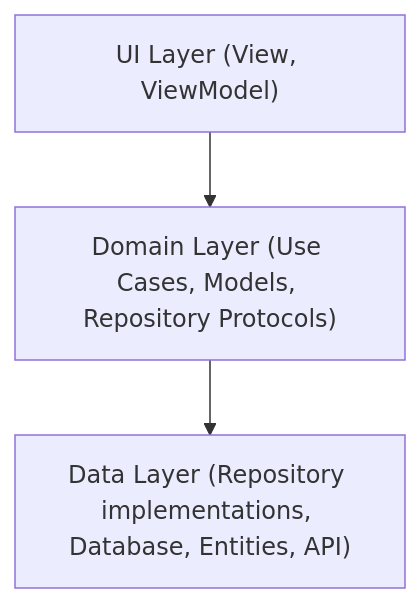
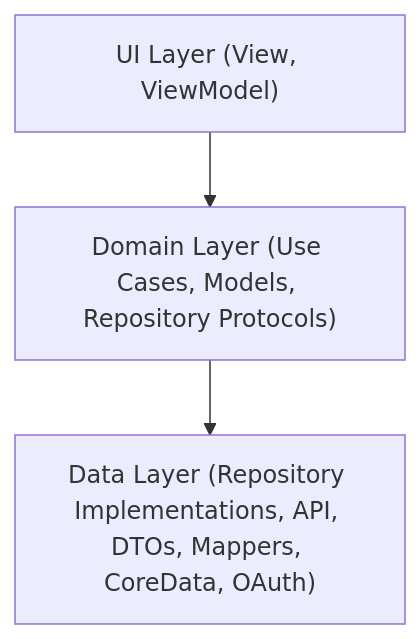
Before and after one commit to ilyas-hallak/readeck-ios: the first of 2 diagrams in docs/Architecture.md, drawn with Mermaid. The commit also changed other lines of this file and 12 other files, not shown here.

````diff
--- a/docs/Architecture.md
+++ b/docs/Architecture.md
@@ -16,8 +15,8 @@
 ```mermaid
 graph TD
   UI["UI Layer (View, ViewModel)"]
   Domain["Domain Layer (Use Cases, Models, Repository Protocols)"]
-  Data["Data Layer (Repository implementations, Database, Entities, API)"]
+  Data["Data Layer (Repository Implementations, API, DTOs, Mappers, CoreData, OAuth)"]
   UI --> Domain
   Domain --> Data
 ```
````
